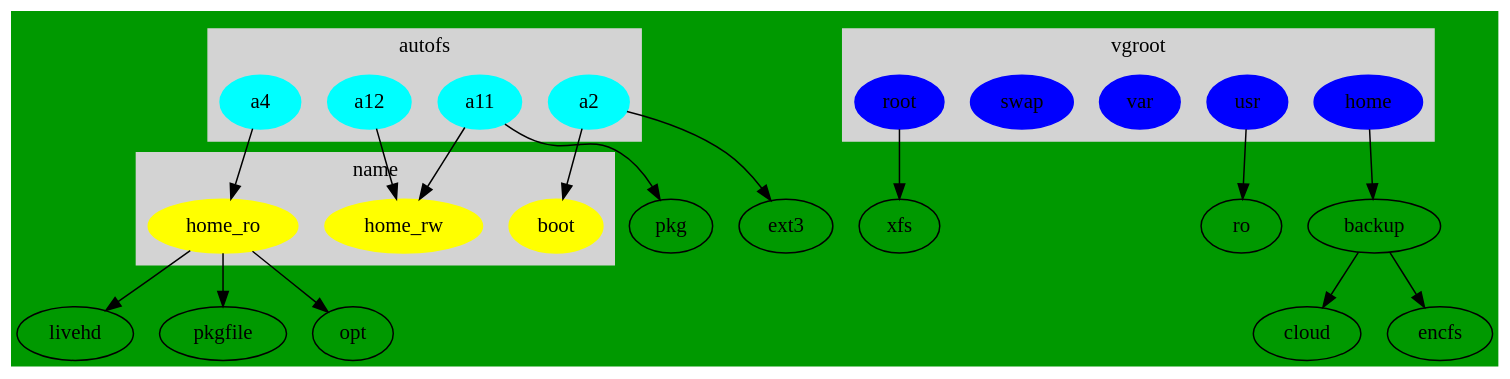
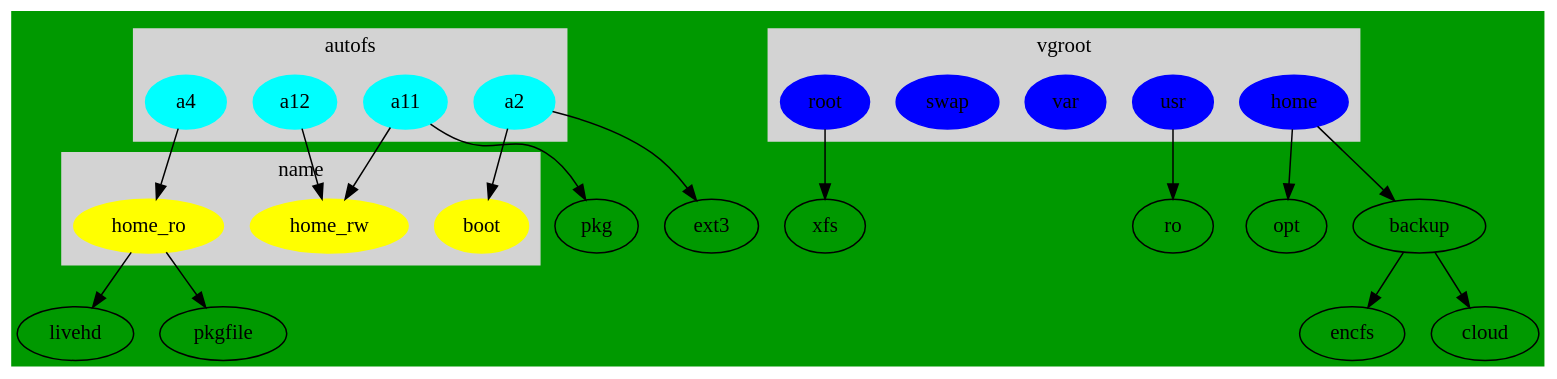
One commit to cdede/dotfiles changed the diagram in dot/.config/dupl/parted.dot. Above: the diagram before and after it, drawn with Graphviz.

Commit message:
ln opt to home

```diff
--- a/dot/.config/dupl/parted.dot
+++ b/dot/.config/dupl/parted.dot
@@ -1,49 +1,49 @@
 // dot -Tpng  parted.dot -o line1.png
 //  default ext4
 digraph G {
   bgcolor ="#009900";
 	subgraph cluster_0 {
 		style=filled;
 		color=lightgrey;
 		node [style=filled,color=cyan];
 		a2 ;
                 a4;
                 a11;
                 a12;
 		label = "autofs";
 	}
 	subgraph cluster_2 {
 		style=filled;
 		color=lightgrey;
 		node [style=filled,color=yellow];
 		boot;
                 home_ro;
                 home_rw;
 		label = "name";
 	}
 	subgraph cluster_3 {
 		style=filled;
 		color=lightgrey;
 		node [style=filled,color=blue];
 		root ;
                 usr;
                 var;
 		swap;
 		home;
 		label = "vgroot";
 	}
 	a2 -> boot;
 	a2 -> ext3;
         a11->home_rw;
         a11->pkg;
         a12->home_rw;
         root->xfs;
         usr ->ro;
         home->backup;
+        home->opt;
         a4 ->home_ro;
         home_ro->livehd;
         home_ro->pkgfile;
-        home_ro->opt;
         backup -> encfs;
         backup -> cloud;
 }
```
